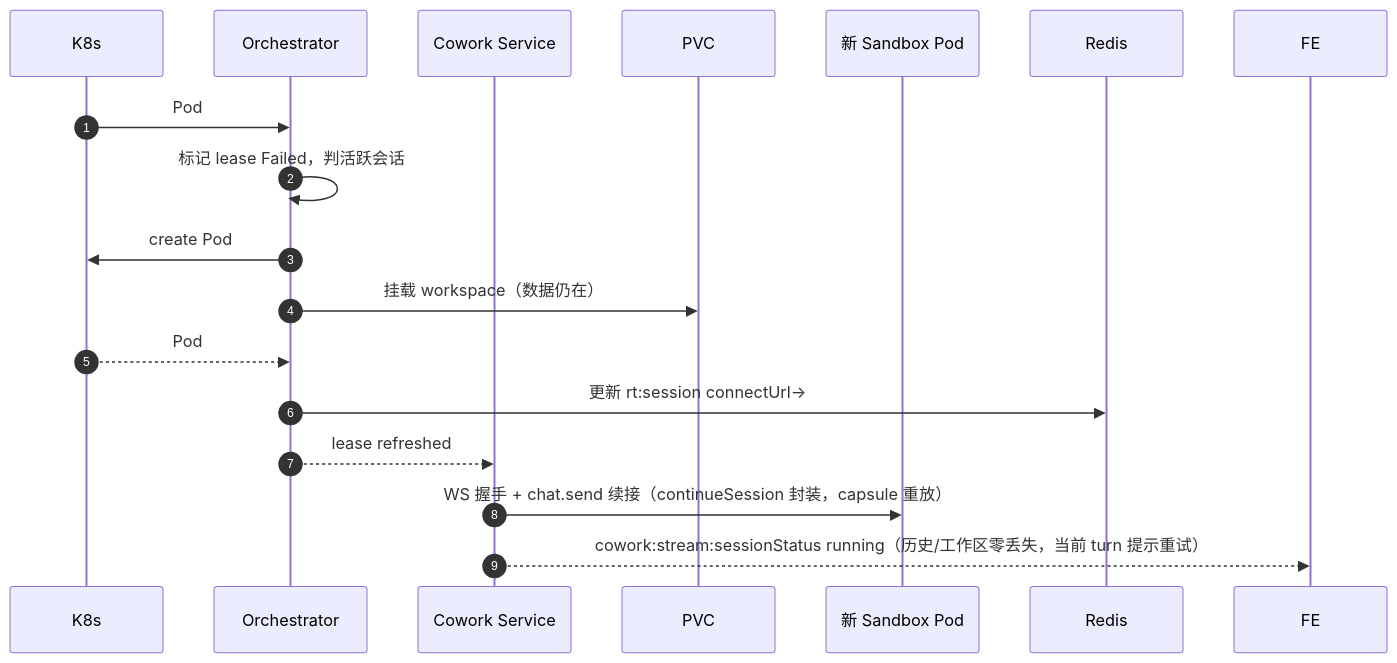
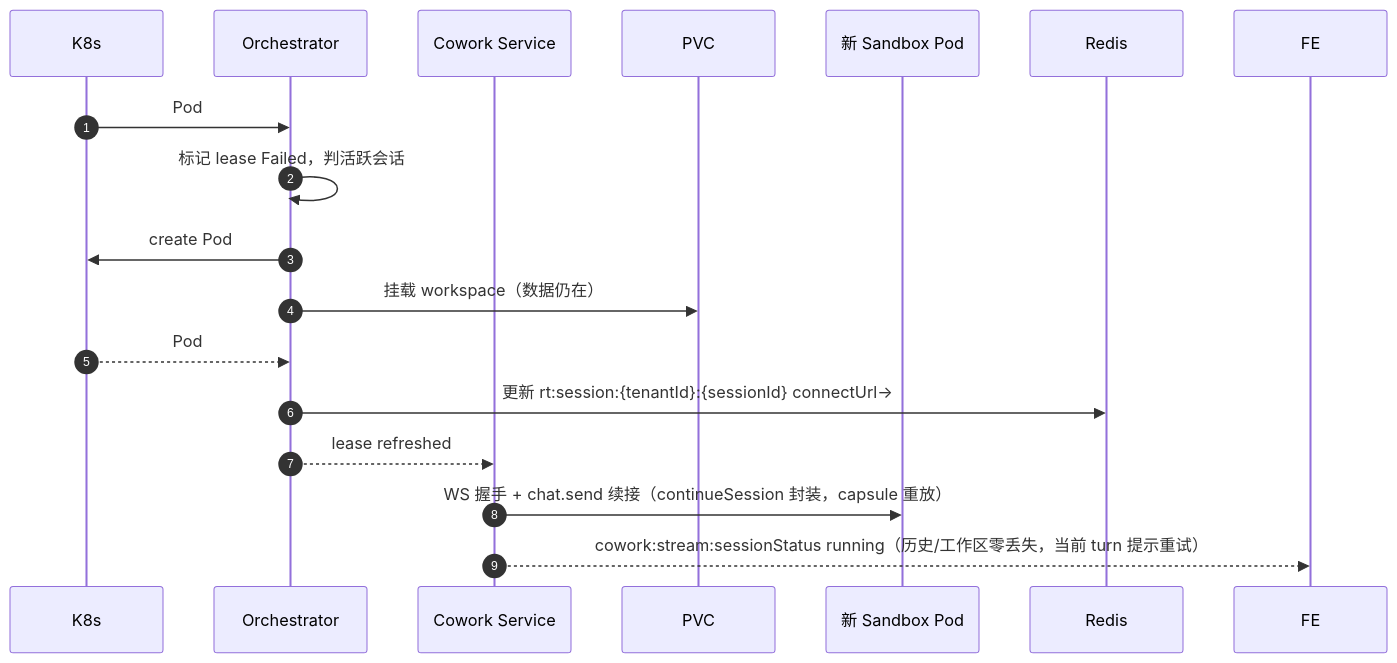
Before and after one commit to edward-ng-duke/LobsterAI: the seventh of 7 diagrams in 改造计划/07-OpenClaw运行时编排与沙箱隔离.md, drawn with Mermaid. The commit also changed other lines of this file and 27 other files, not shown here.

````diff
--- a/改造计划/07-OpenClaw运行时编排与沙箱隔离.md
+++ b/改造计划/07-OpenClaw运行时编排与沙箱隔离.md
@@ -653,19 +658,19 @@
 ```mermaid
 sequenceDiagram
   autonumber
   participant K8s
   participant ORCH as Orchestrator
   participant COW as Cowork Service
   participant PVC
   participant NEW as 新 Sandbox Pod
 
   K8s->>ORCH: Pod #A CrashLoopBackOff / probe fail
   ORCH->>ORCH: 标记 lease Failed，判活跃会话
   ORCH->>K8s: create Pod #B（同 PVC 子路径 + 新 token）
   ORCH->>PVC: 挂载 workspace（数据仍在）
   K8s-->>ORCH: Pod #B Ready
-  ORCH->>Redis: 更新 rt:session connectUrl→#B
+  ORCH->>Redis: 更新 rt:session:{tenantId}:{sessionId} connectUrl→#B
   ORCH-->>COW: lease refreshed
   COW->>NEW: WS 握手 + chat.send 续接（continueSession 封装，capsule 重放）
   COW-->>FE: cowork:stream:sessionStatus running（历史/工作区零丢失，当前 turn 提示重试）
 ```
````
